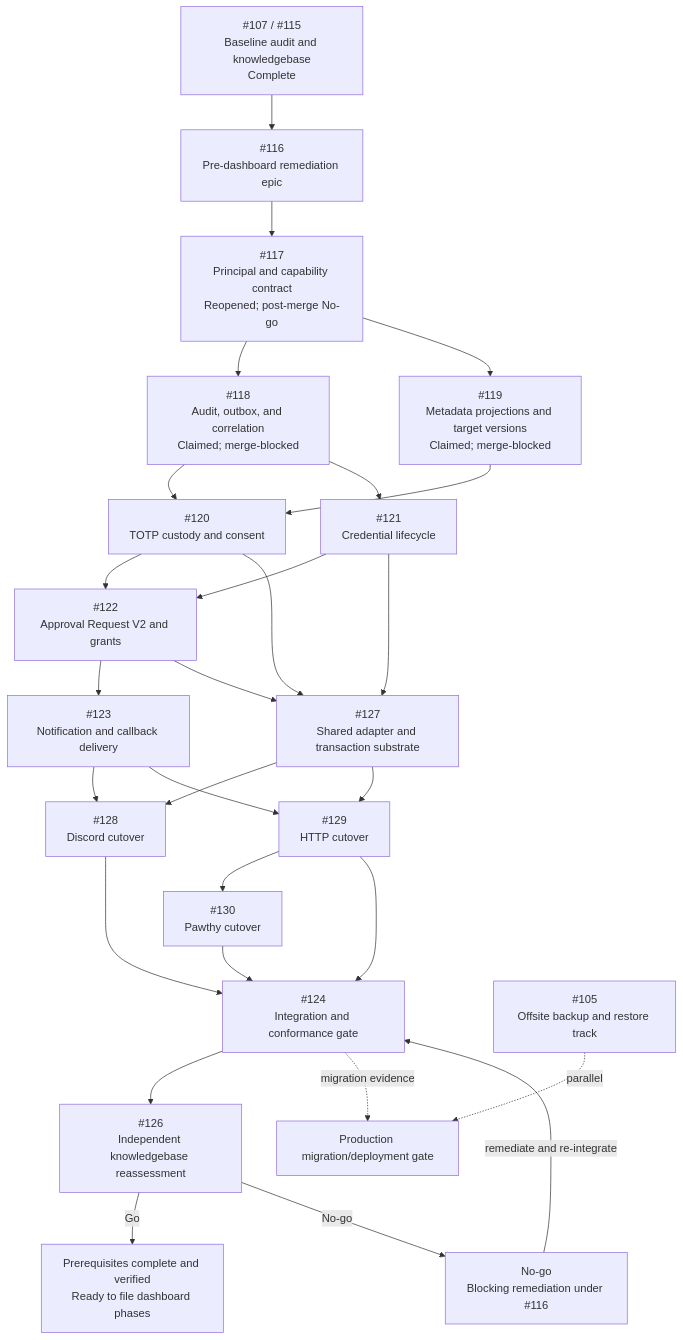
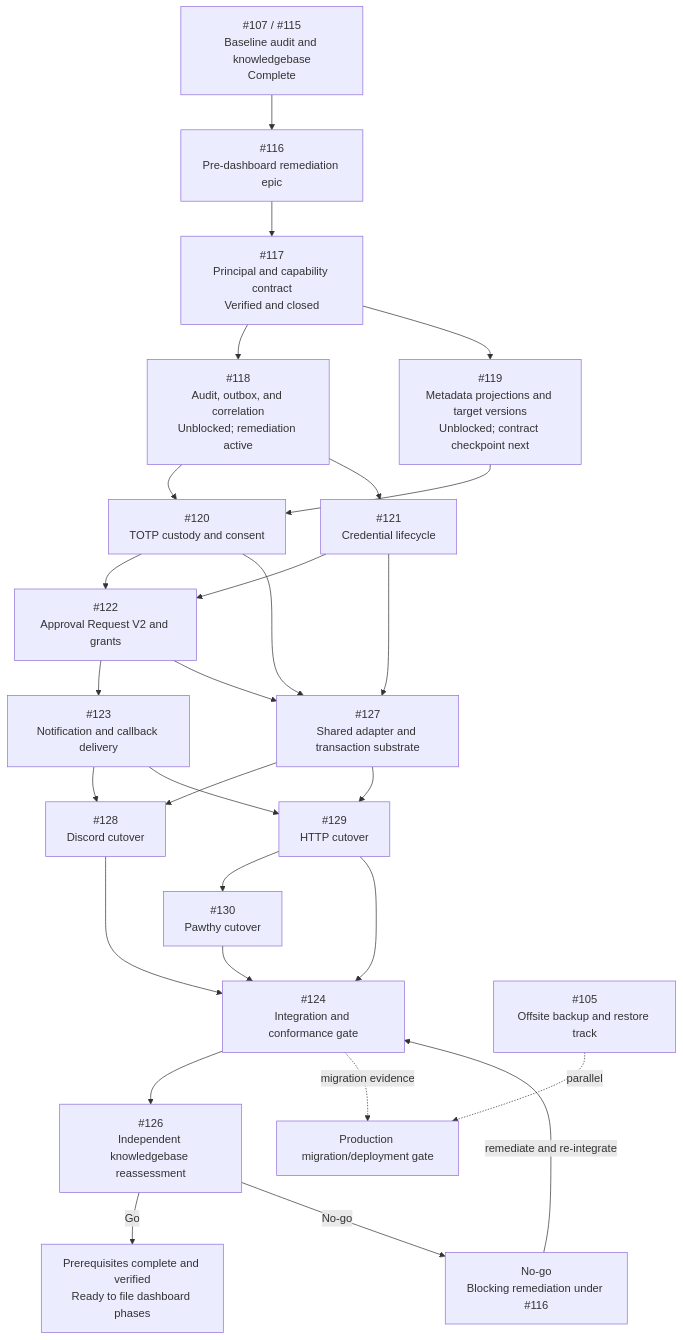
Before and after one commit to kuasha420/purrmission: the diagram in docs/epics/rbac-prerequisite-execution-graph.md, drawn with Mermaid. The commit also changed other lines of this file and 1 other file, not shown here.

Commit message:
docs(rbac): mark wave 1 verified

````diff
--- a/docs/epics/rbac-prerequisite-execution-graph.md
+++ b/docs/epics/rbac-prerequisite-execution-graph.md
@@ -80,50 +77,50 @@
 ```mermaid
 flowchart TD
   BASE["#107 / #115<br/>Baseline audit and knowledgebase<br/>Complete"]
   EPIC["#116<br/>Pre-dashboard remediation epic"]
-  I117["#117<br/>Principal and capability contract<br/>Reopened; post-merge No-go"]
-  I118["#118<br/>Audit, outbox, and correlation<br/>Claimed; merge-blocked"]
-  I119["#119<br/>Metadata projections and target versions<br/>Claimed; merge-blocked"]
+  I117["#117<br/>Principal and capability contract<br/>Verified and closed"]
+  I118["#118<br/>Audit, outbox, and correlation<br/>Unblocked; remediation active"]
+  I119["#119<br/>Metadata projections and target versions<br/>Unblocked; contract checkpoint next"]
   I120["#120<br/>TOTP custody and consent"]
   I121["#121<br/>Credential lifecycle"]
   I122["#122<br/>Approval Request V2 and grants"]
   I123["#123<br/>Notification and callback delivery"]
   I127["#127<br/>Shared adapter and transaction substrate"]
   I128["#128<br/>Discord cutover"]
   I129["#129<br/>HTTP cutover"]
   I130["#130<br/>Pawthy cutover"]
   I124["#124<br/>Integration and conformance gate"]
   I126["#126<br/>Independent knowledgebase reassessment"]
   READY["Prerequisites complete and verified<br/>Ready to file dashboard phases"]
   NOGO["No-go<br/>Blocking remediation under #116"]
   I105["#105<br/>Offsite backup and restore track"]
   PROD["Production migration/deployment gate"]
 
   BASE --> EPIC
   EPIC --> I117
   I117 --> I118
   I117 --> I119
   I118 --> I120
   I119 --> I120
   I118 --> I121
   I120 --> I122
   I121 --> I122
   I122 --> I123
   I120 --> I127
   I121 --> I127
   I122 --> I127
   I123 --> I128
   I127 --> I128
   I123 --> I129
   I127 --> I129
   I129 --> I130
   I128 --> I124
   I129 --> I124
   I130 --> I124
   I124 --> I126
   I126 -->|Go| READY
   I126 -->|No-go| NOGO
   NOGO -->|remediate and re-integrate| I124
   I105 -. parallel .-> PROD
   I124 -. migration evidence .-> PROD
 ```
````
